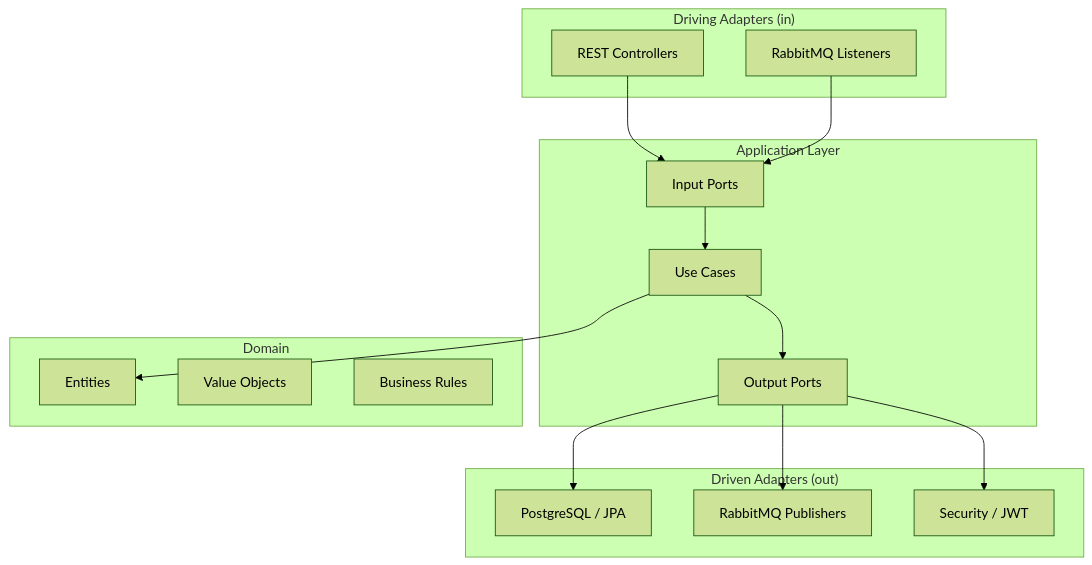
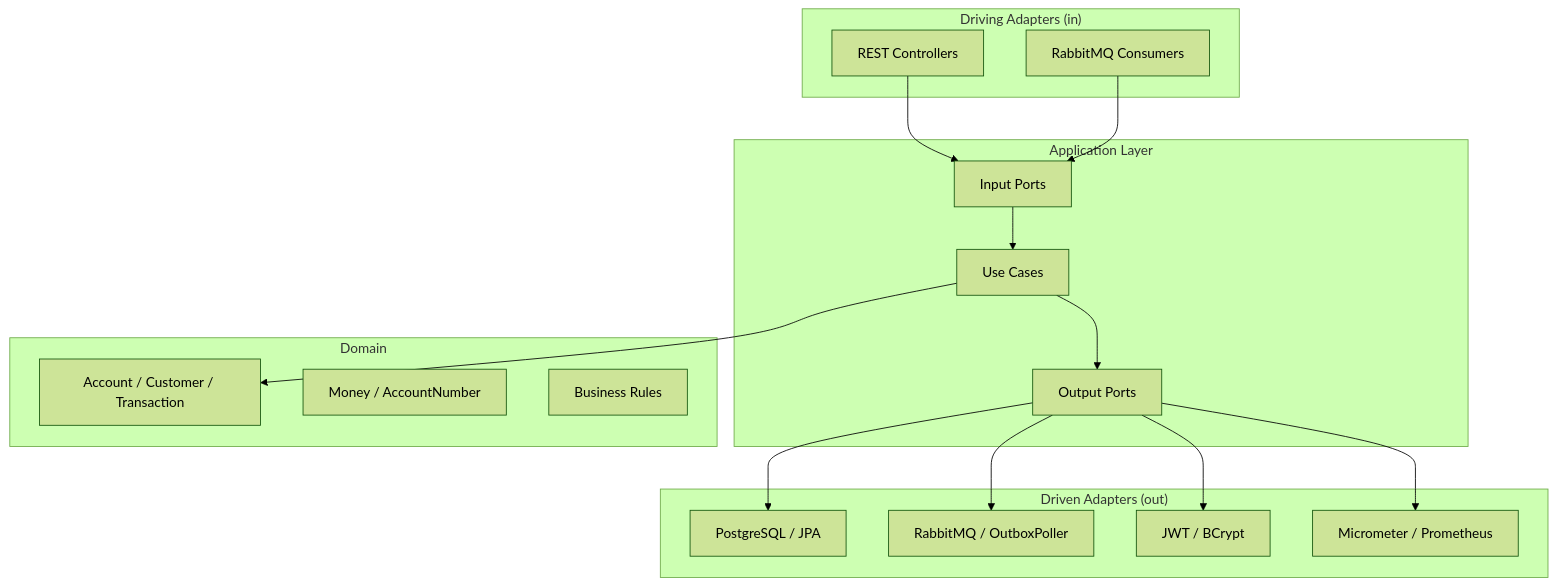
One commit to leo12wb/Fintech-Api-Profissional changed the diagram in README.md. Above: the diagram before and after it, drawn with Mermaid (forest theme). The commit also changed other lines of this file and 6 other files, not shown here.

````diff
--- a/README.md
+++ b/README.md
@@ -62,34 +71,36 @@
 ```mermaid
 graph TD
     subgraph Driving["Driving Adapters (in)"]
         WEB[REST Controllers]
-        MSG_IN[RabbitMQ Listeners]
+        MSG_IN[RabbitMQ Consumers]
     end
 
     subgraph Application["Application Layer"]
         UC[Use Cases]
         PORT_IN[Input Ports]
         PORT_OUT[Output Ports]
     end
 
     subgraph Domain["Domain"]
-        ENT[Entities]
-        VO[Value Objects]
+        ENT[Account / Customer / Transaction]
+        VO[Money / AccountNumber]
         RULES[Business Rules]
     end
 
     subgraph Driven["Driven Adapters (out)"]
         DB[PostgreSQL / JPA]
-        MSG_OUT[RabbitMQ Publishers]
-        SEC[Security / JWT]
+        MQ[RabbitMQ / OutboxPoller]
+        SEC[JWT / BCrypt]
+        MET[Micrometer / Prometheus]
     end
 
     WEB --> PORT_IN
     MSG_IN --> PORT_IN
     PORT_IN --> UC
     UC --> ENT
     UC --> PORT_OUT
     PORT_OUT --> DB
-    PORT_OUT --> MSG_OUT
+    PORT_OUT --> MQ
     PORT_OUT --> SEC
+    PORT_OUT --> MET
 ```
````
